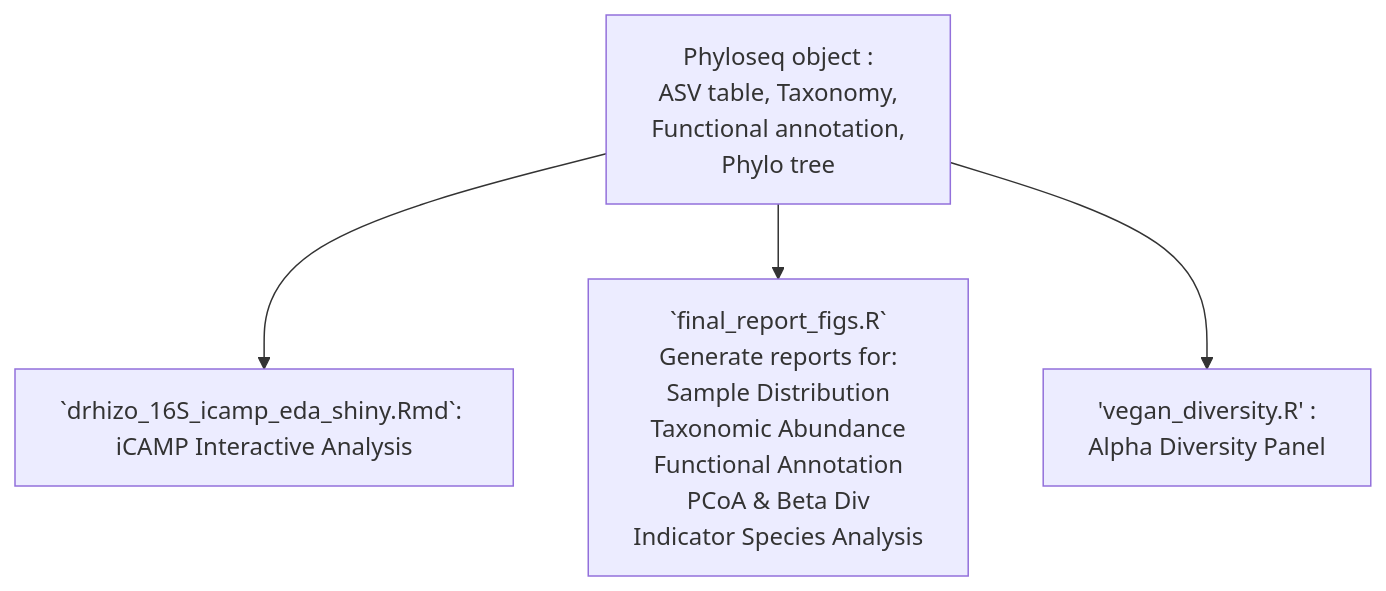
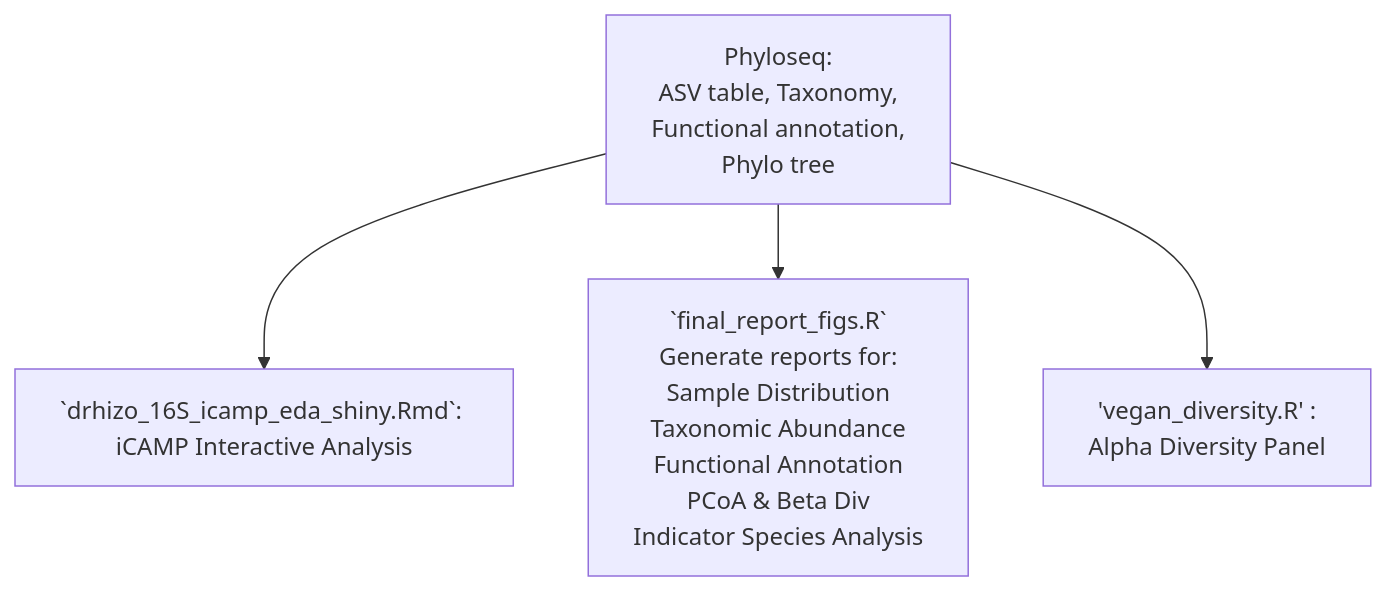
Before and after one commit to dbioinfo/drhizo: the second of 2 diagrams in README.md, drawn with Mermaid. The commit also changed other lines of this file, not shown here.

````diff
--- a/README.md
+++ b/README.md
@@ -23,6 +23,6 @@
 ```mermaid
 graph TB;
-    A[Phyloseq object : \nASV table, Taxonomy, \nFunctional annotation, \nPhylo tree] --> B[`drhizo_16S_icamp_eda_shiny.Rmd`: \niCAMP Interactive Analysis];
+    A[Phyloseq:\nASV table, Taxonomy, \nFunctional annotation, \nPhylo tree] --> B[`drhizo_16S_icamp_eda_shiny.Rmd`: \niCAMP Interactive Analysis];
     A --> C[`final_report_figs.R`  \nGenerate reports for: \nSample Distribution \nTaxonomic Abundance \nFunctional Annotation \nPCoA & Beta Div \nIndicator Species Analysis];
     A --> D['vegan_diversity.R' : \nAlpha Diversity Panel];
 ```
````
